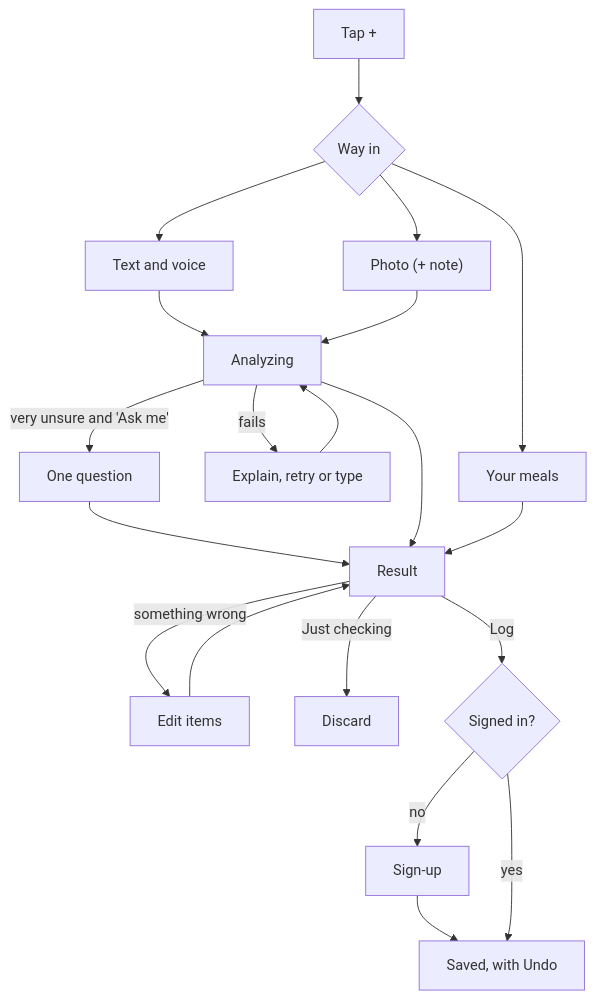
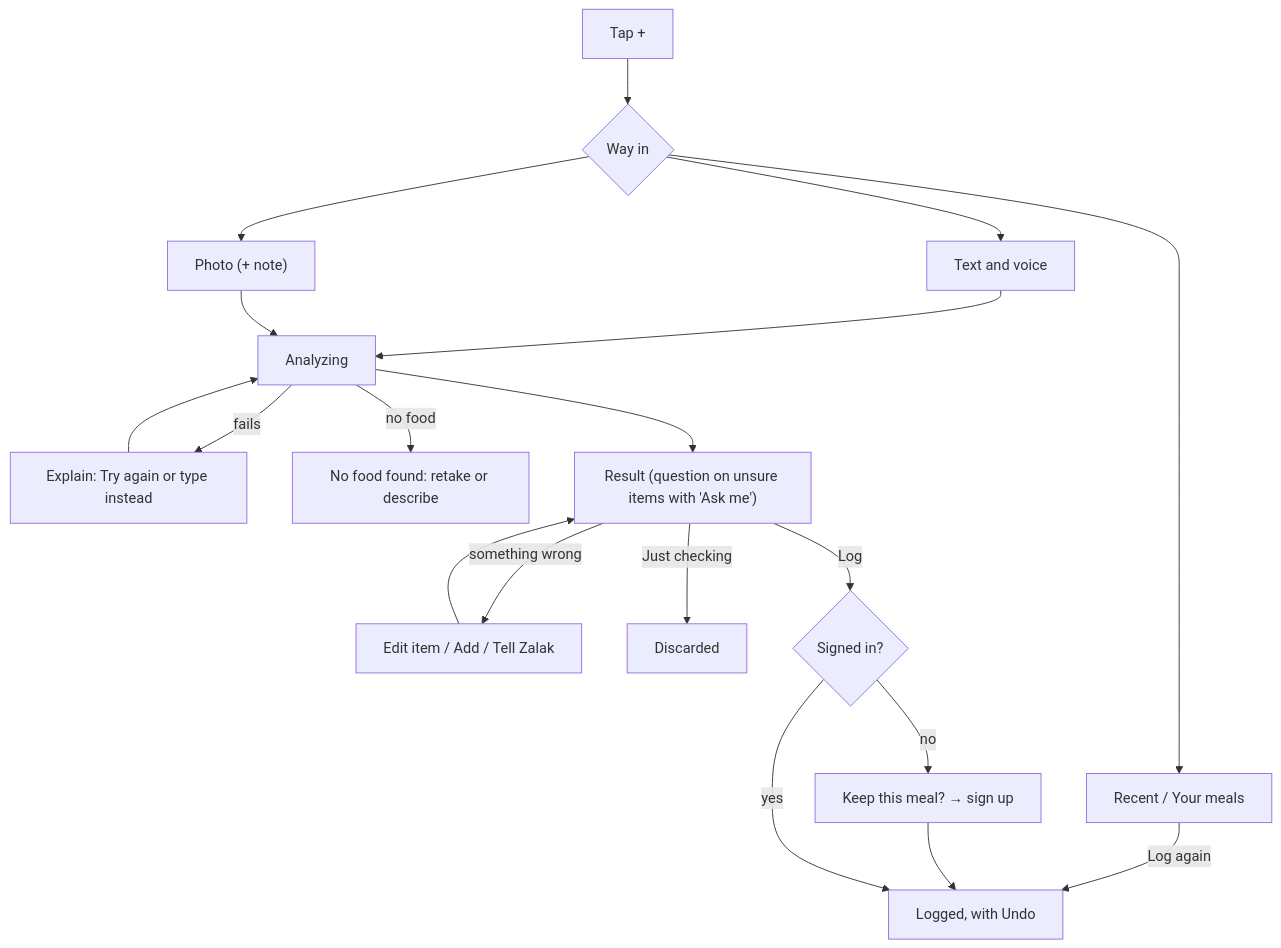
Before and after one commit to vnikiforovski/hci-calorie-app: the second of 2 diagrams in docs/05-structure-and-interaction.md, drawn with Mermaid. The commit also changed other lines of this file and 24 other files, not shown here.

````diff
--- a/docs/05-structure-and-interaction.md
+++ b/docs/05-structure-and-interaction.md
@@ -81,22 +80,21 @@
 ```mermaid
 flowchart TD
     A["Tap +"] --> B{"Way in"}
     B --> T["Text and voice"]
     B --> F["Photo (+ note)"]
-    B --> Y["Your meals"]
+    B --> Y["Recent / Your meals"]
     T --> AN["Analyzing"]
     F --> AN
-    AN -->|"fails"| ER["Explain, retry or type"]
+    AN -->|"fails"| ER["Explain: Try again or type instead"]
     ER --> AN
-    AN -->|"very unsure and 'Ask me'"| Q["One question"]
-    Q --> R["Result"]
-    AN --> R
-    Y --> R
-    R -->|"something wrong"| E["Edit items"]
+    AN -->|"no food"| NF["No food found: retake or describe"]
+    AN --> R["Result (question on unsure items with 'Ask me')"]
+    Y -->|"Log again"| OK
+    R -->|"something wrong"| E["Edit item / Add / Tell Zalak"]
     E --> R
-    R -->|"Just checking"| X["Discard"]
+    R -->|"Just checking"| X["Discarded"]
     R -->|"Log"| S{"Signed in?"}
-    S -->|"no"| SU["Sign-up"]
-    SU --> OK["Saved, with Undo"]
+    S -->|"no"| SU["Keep this meal? → sign up"]
+    SU --> OK["Logged, with Undo"]
     S -->|"yes"| OK
 ```
````
